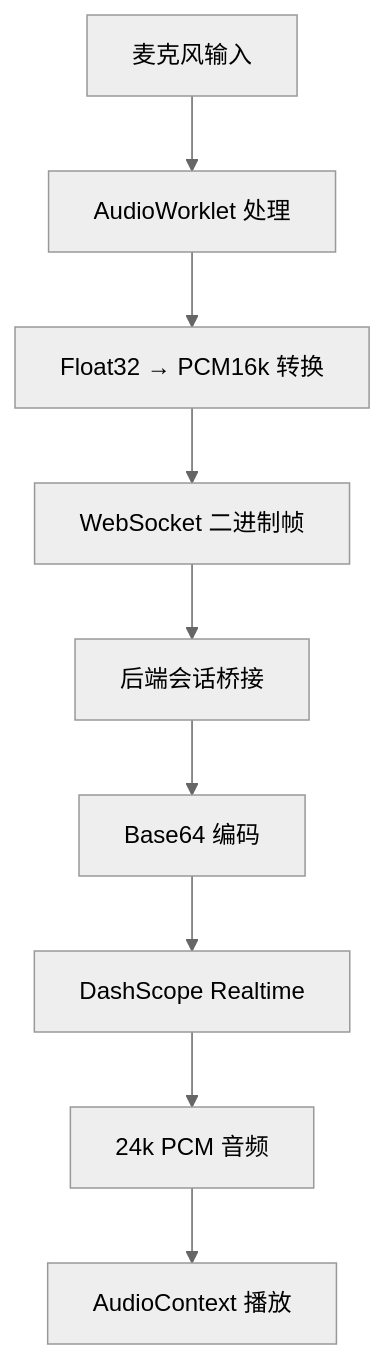
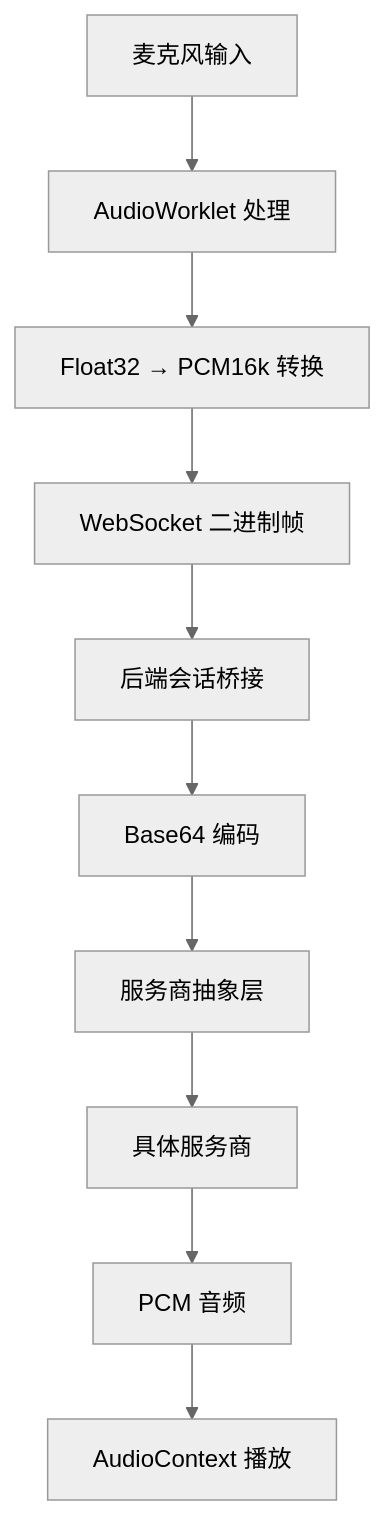
One commit to kudig-io/klaw changed the fifth of 9 diagrams in .qoder/repowiki/zh/content/Web前端应用/SOS紧急语音对话模式设计.md. Above: the diagram before and after it, drawn with Mermaid (neutral theme). The commit also changed other lines of this file and 336 other files, not shown here.

````diff
--- a/.qoder/repowiki/zh/content/Web前端应用/SOS紧急语音对话模式设计.md
+++ b/.qoder/repowiki/zh/content/Web前端应用/SOS紧急语音对话模式设计.md
@@ -179,11 +234,12 @@
 ```mermaid
 flowchart TD
 Mic["麦克风输入"] --> AW["AudioWorklet 处理"]
 AW --> Conv["Float32 → PCM16k 转换"]
 Conv --> WS["WebSocket 二进制帧"]
 WS --> Backend["后端会话桥接"]
 Backend --> Encode["Base64 编码"]
-Encode --> DS["DashScope Realtime"]
-DS --> Audio["24k PCM 音频"]
+Encode --> Provider["服务商抽象层"]
+Provider --> Service["具体服务商"]
+Service --> Audio["PCM 音频"]
 Audio --> Play["AudioContext 播放"]
 ```
````
